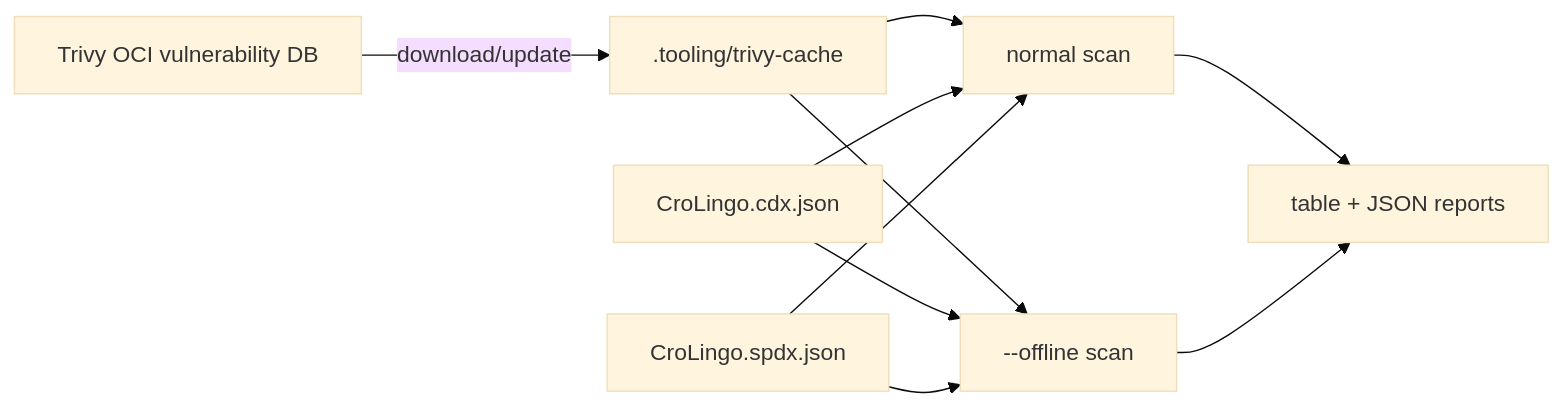
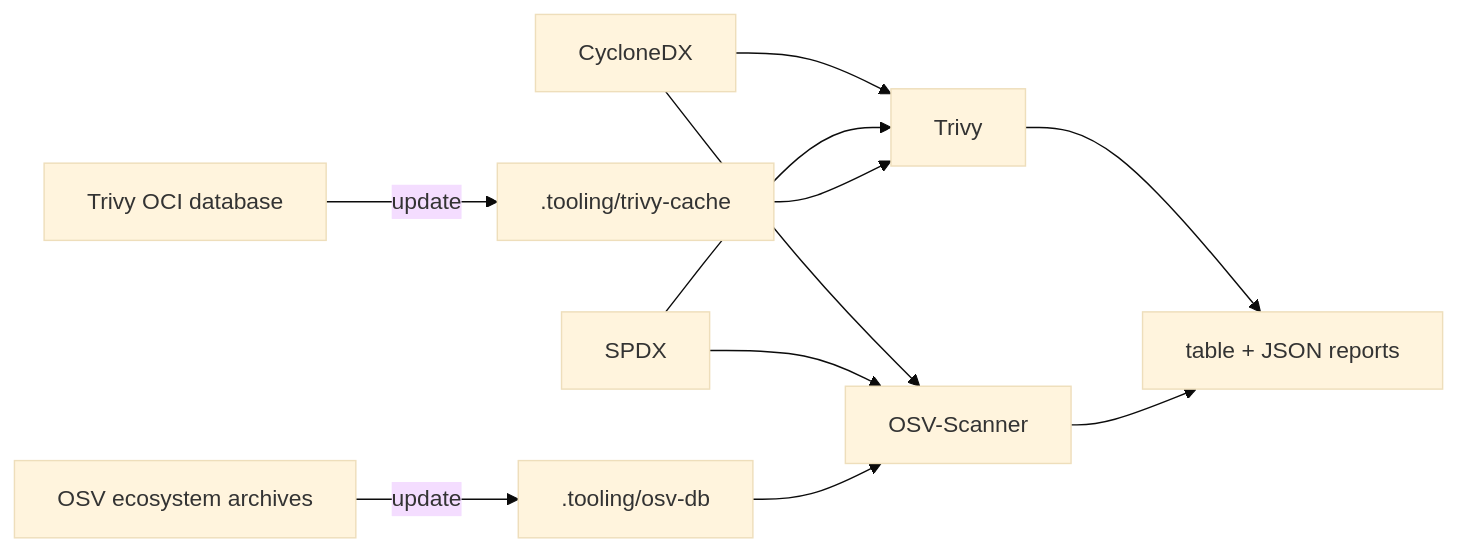
The first of 3 diagrams in docs/cveCheck.md (marcelpetrick/CroLingo), drawn with Mermaid (base theme) before and after one commit. The commit also changed other lines of this file and 7 other files, not shown here.

````diff
--- a/docs/cveCheck.md
+++ b/docs/cveCheck.md
@@ -91,12 +100,13 @@
 ```mermaid
 flowchart LR
-  Internet["Trivy OCI vulnerability DB"] -->|"download/update"| Cache[".tooling/trivy-cache"]
-  Cache --> Online["normal scan"]
-  Cache --> Offline["--offline scan"]
-  CDX["CroLingo.cdx.json"] --> Online
-  SPDX["CroLingo.spdx.json"] --> Online
-  CDX --> Offline
-  SPDX --> Offline
-  Online --> Reports["table + JSON reports"]
-  Offline --> Reports
+  TrivyDB["Trivy OCI database"] -->|"update"| TrivyCache[".tooling/trivy-cache"]
+  OSVDB["OSV ecosystem archives"] -->|"update"| OSVCache[".tooling/osv-db"]
+  CDX["CycloneDX"] --> Trivy["Trivy"]
+  SPDX["SPDX"] --> Trivy
+  CDX --> OSV["OSV-Scanner"]
+  SPDX --> OSV
+  TrivyCache --> Trivy
+  OSVCache --> OSV
+  Trivy --> Reports["table + JSON reports"]
+  OSV --> Reports
 ```
````
